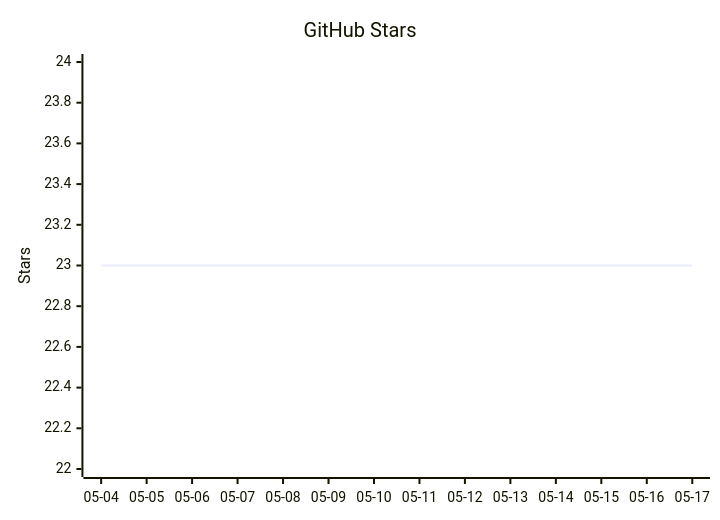
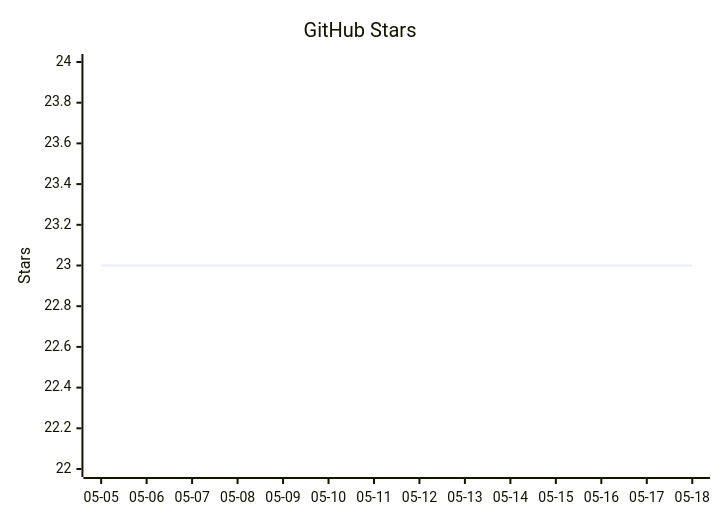
The diagram in README.mbt.md (vectie/moonclaw), drawn with Mermaid before and after one commit. The commit also changed other lines of this file and 1 other file, not shown here.

Commit message:
Update README star growth

````diff
--- a/README.mbt.md
+++ b/README.mbt.md
@@ -489,7 +489,7 @@
 ```mermaid
 xychart-beta
     title "GitHub Stars"
-    x-axis ["05-04","05-05","05-06","05-07","05-08","05-09","05-10","05-11","05-12","05-13","05-14","05-15","05-16","05-17"]
+    x-axis ["05-05","05-06","05-07","05-08","05-09","05-10","05-11","05-12","05-13","05-14","05-15","05-16","05-17","05-18"]
     y-axis "Stars" 22 --> 24
     line [23,23,23,23,23,23,23,23,23,23,23,23,23,23]
 ```
````
